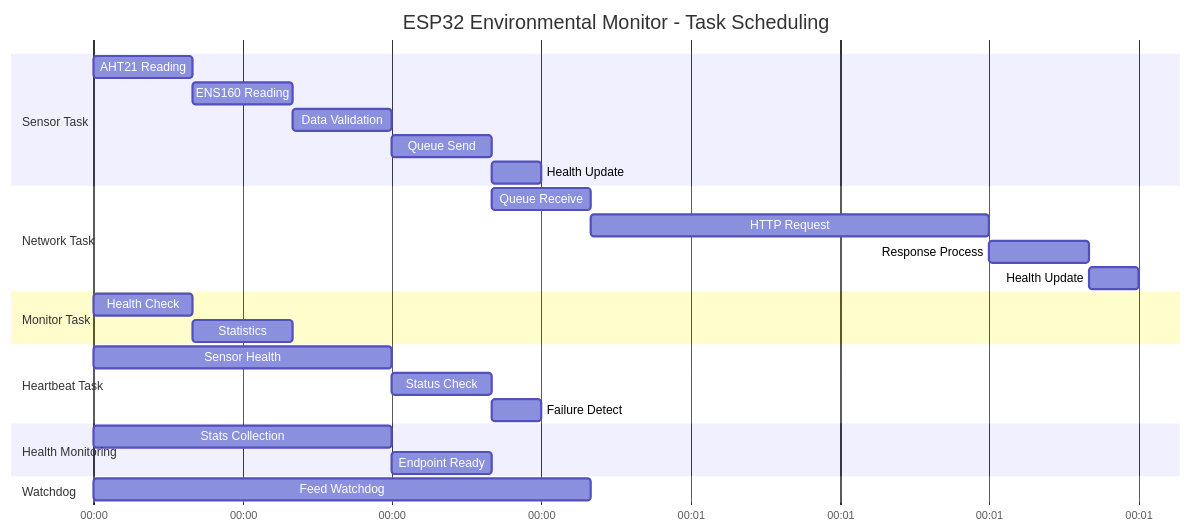
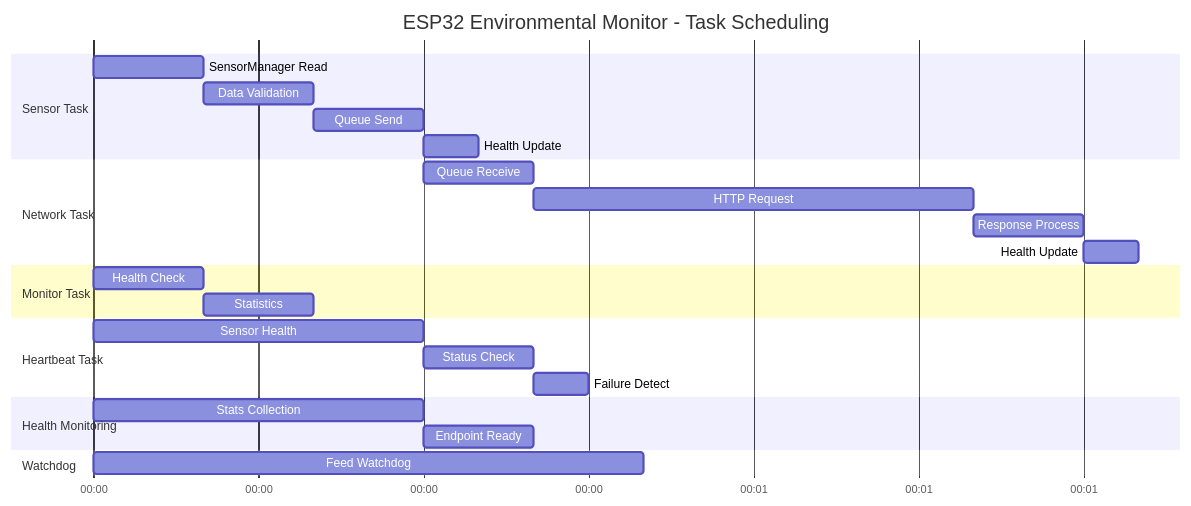
Before and after one commit to TimWeber/ESP32-Environmental-Monitor: the fourth of 5 diagrams in README.md, drawn with Mermaid. The commit also changed other lines of this file, not shown here.

````diff
--- a/README.md
+++ b/README.md
@@ -140,35 +159,34 @@
 ```mermaid
 gantt
     title ESP32 Environmental Monitor - Task Scheduling
     dateFormat  YYYY-MM-DD
     axisFormat %H:%M
     
     section Sensor Task
-    AHT21 Reading    :aht21, 2024-01-01, 10s
-    ENS160 Reading   :ens160, after aht21, 10s
-    Data Validation  :validation, after ens160, 10s
-    Queue Send       :queue, after validation, 10s
-    Health Update    :health, after queue, 5s
+    SensorManager Read    :sensor_read, 2024-01-01, 10s
+    Data Validation      :validation, after sensor_read, 10s
+    Queue Send           :queue, after validation, 10s
+    Health Update        :health, after queue, 5s
     
     section Network Task
-    Queue Receive    :receive, after queue, 10s
-    HTTP Request     :http, after receive, 40s
-    Response Process :response, after http, 10s
-    Health Update    :health_net, after response, 5s
+    Queue Receive        :receive, after queue, 10s
+    HTTP Request         :http, after receive, 40s
+    Response Process     :response, after http, 10s
+    Health Update        :health_net, after response, 5s
     
     section Monitor Task
-    Health Check     :health, 2024-01-01, 10s
-    Statistics       :stats, after health, 10s
+    Health Check         :health, 2024-01-01, 10s
+    Statistics           :stats, after health, 10s
     
     section Heartbeat Task
-    Sensor Health    :heartbeat, 2024-01-01, 30s
-    Status Check     :status, after heartbeat, 10s
-    Failure Detect   :failure, after status, 5s
+    Sensor Health        :heartbeat, 2024-01-01, 30s
+    Status Check         :status, after heartbeat, 10s
+    Failure Detect       :failure, after status, 5s
     
     section Health Monitoring
-    Stats Collection :stats_collect, 2024-01-01, 30s
-    Endpoint Ready   :endpoint, after stats_collect, 10s
+    Stats Collection     :stats_collect, 2024-01-01, 30s
+    Endpoint Ready       :endpoint, after stats_collect, 10s
     
     section Watchdog
-    Feed Watchdog    :watchdog, 2024-01-01, 50s
+    Feed Watchdog        :watchdog, 2024-01-01, 50s
 ```
````
